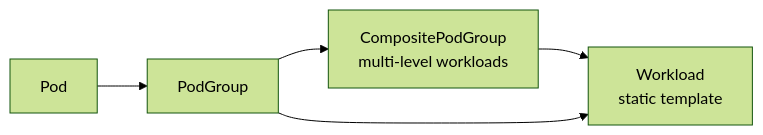
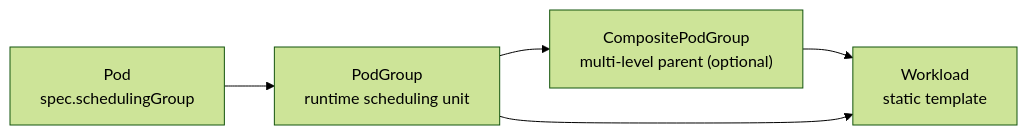
One commit to JesseStutler/volcano changed the first of 11 diagrams in docs/research/k8s-workload-aware-scheduling-vs-volcano.md. Above: the diagram before and after it, drawn with Mermaid (forest theme). The commit also changed other lines of this file and 1 other file, not shown here.

First line of the commit message:
docs: tighten report for sharing and add single-Pod vs PodGroup flow

````diff
--- a/docs/research/k8s-workload-aware-scheduling-vs-volcano.md
+++ b/docs/research/k8s-workload-aware-scheduling-vs-volcano.md
@@ -70,12 +17,12 @@
 ```mermaid
 flowchart LR
-    Pod["Pod"]
-    PG["PodGroup"]
-    CPG["CompositePodGroup<br/>multi-level workloads"]
+    Pod["Pod<br/>spec.schedulingGroup"]
+    PG["PodGroup<br/>runtime scheduling unit"]
+    CPG["CompositePodGroup<br/>multi-level parent (optional)"]
     W["Workload<br/>static template"]
 
     Pod --> PG
     PG --> CPG
     CPG --> W
     PG --> W
 ```
````
